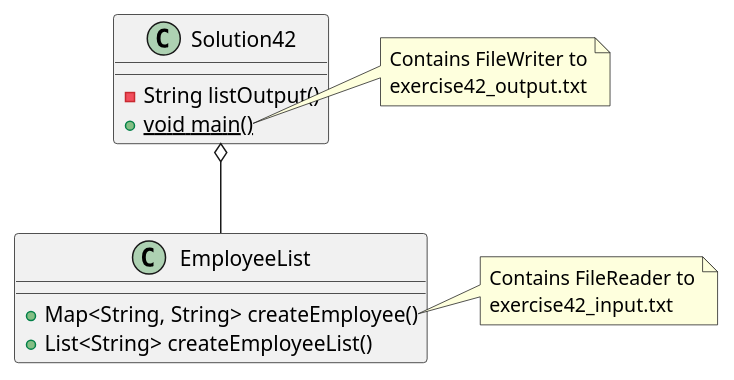
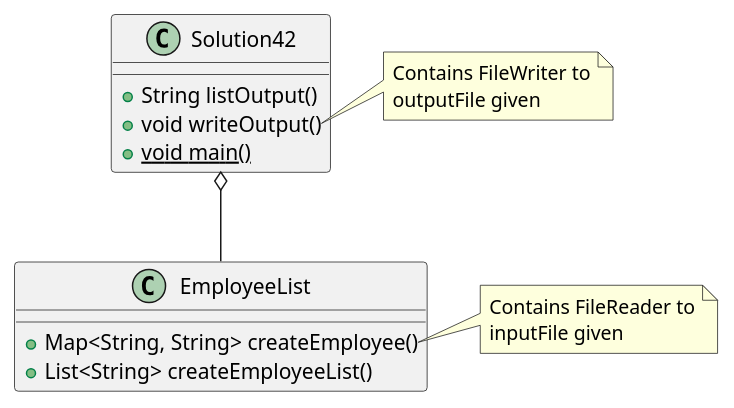
Before and after one commit to lastingParadox/preston-a04: the diagram in exercise42/docs/classes.puml, drawn with PlantUML. The commit also changed 6 other files, not shown here.

Commit message:
Created new unit tests and updated the diagram to reflect Solution42 in exercise42

```diff
--- a/exercise42/docs/classes.puml
+++ b/exercise42/docs/classes.puml
@@ -1,26 +1,27 @@
 @startuml
 
 class EmployeeList {
     + Map<String, String> createEmployee()
     + List<String> createEmployeeList()
 }
 
 class Solution42 {
-    - String listOutput()
+    + String listOutput()
+    + void writeOutput()
     + {Static} void main()
 }
 
 Solution42 o-- EmployeeList
 
 note right of EmployeeList::createEmployee()
     Contains FileReader to
-    exercise42_input.txt
+    inputFile given
 end note
 
-note right of Solution42::main
+note right of Solution42::writeOutput
     Contains FileWriter to
-    exercise42_output.txt
+    outputFile given
 end note
 
 
 @enduml
```
